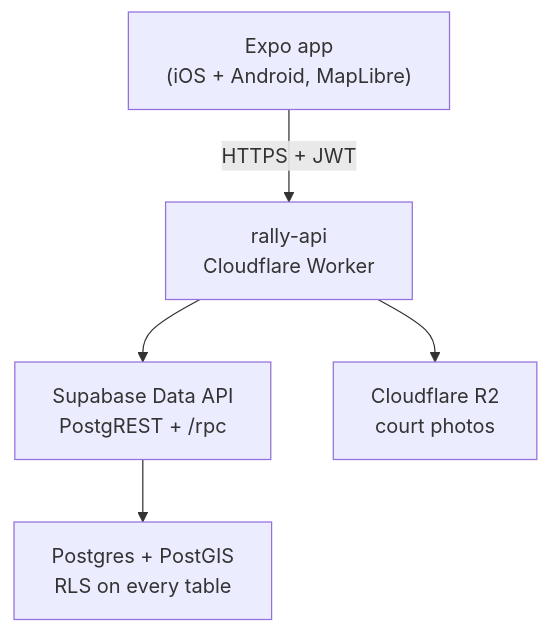
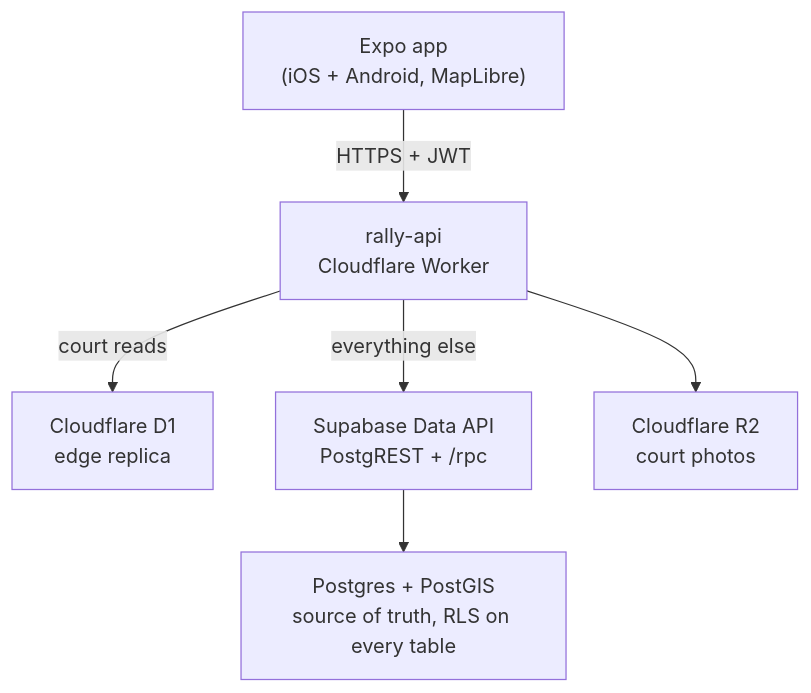
One commit to ahnafnafee/ahnafnafee.dev changed the diagram in src/data/blog/rally-crowdsourced-court-map.mdx. Above: the diagram before and after it, drawn with Mermaid. The commit also changed other lines of this file and 14 other files, not shown here.

````diff
--- a/src/data/blog/rally-crowdsourced-court-map.mdx
+++ b/src/data/blog/rally-crowdsourced-court-map.mdx
@@ -86,7 +94,8 @@
 ```mermaid
 graph TD
     APP["Expo app<br/>(iOS + Android, MapLibre)"] -->|HTTPS + JWT| API["rally-api<br/>Cloudflare Worker"]
-    API --> REST["Supabase Data API<br/>PostgREST + /rpc"]
-    REST --> DB["Postgres + PostGIS<br/>RLS on every table"]
+    API -->|court reads| D1["Cloudflare D1<br/>edge replica"]
+    API -->|everything else| REST["Supabase Data API<br/>PostgREST + /rpc"]
+    REST --> DB["Postgres + PostGIS<br/>source of truth, RLS on every table"]
     API --> R2["Cloudflare R2<br/>court photos"]
 ```
````
